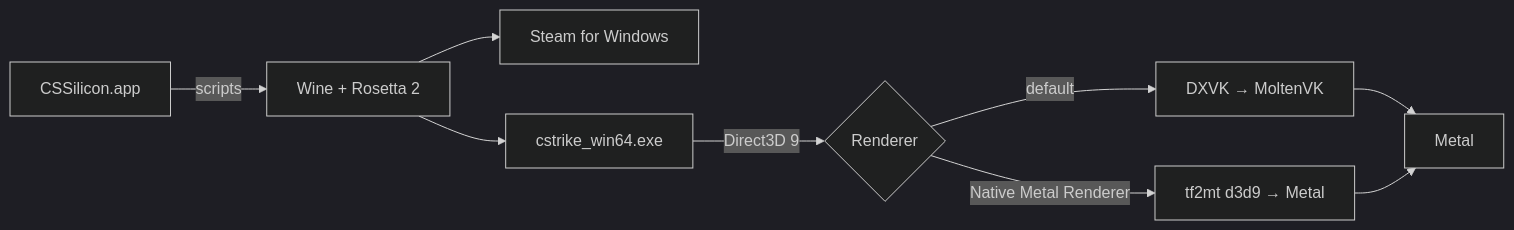
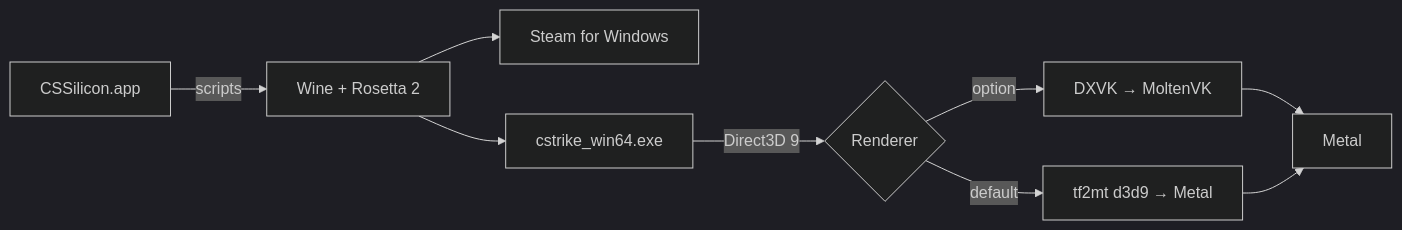
The diagram in README.md (cmer81/cssilicon), drawn with Mermaid (dark theme) before and after one commit. The commit also changed other lines of this file and 2 other files, not shown here.

First line of the commit message:
Native Metal renderer on by default (DXVK stays an option)

````diff
--- a/README.md
+++ b/README.md
@@ -97,11 +97,11 @@
 ```mermaid
 flowchart LR
     A[CSSilicon.app] -->|scripts| B[Wine + Rosetta 2]
     B --> C[Steam for Windows]
     B --> D[cstrike_win64.exe]
     D -->|Direct3D 9| E{Renderer}
-    E -->|default| F[DXVK → MoltenVK]
-    E -->|Native Metal Renderer| G[tf2mt d3d9 → Metal]
+    E -->|default| G[tf2mt d3d9 → Metal]
+    E -->|option| F[DXVK → MoltenVK]
     F --> H[Metal]
     G --> H
 ```
````
